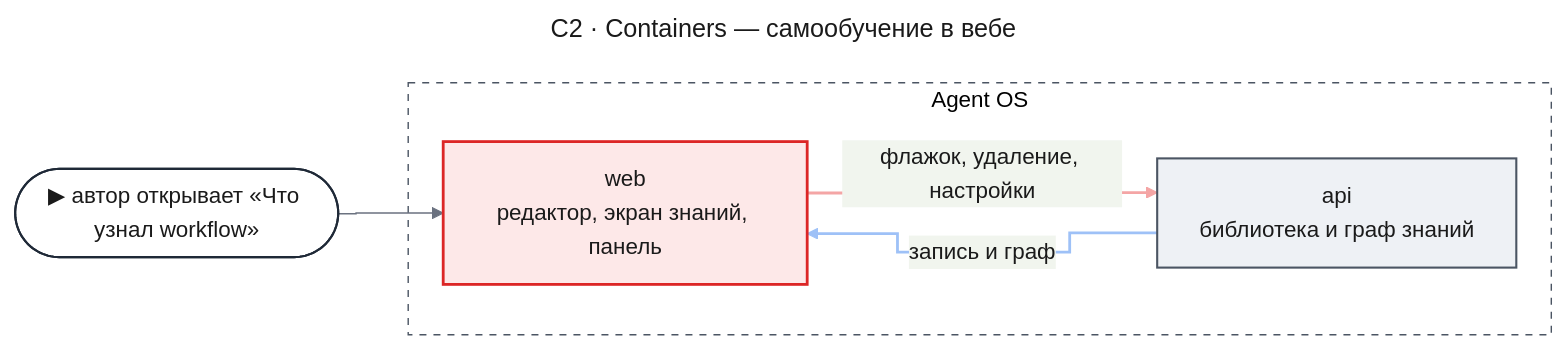
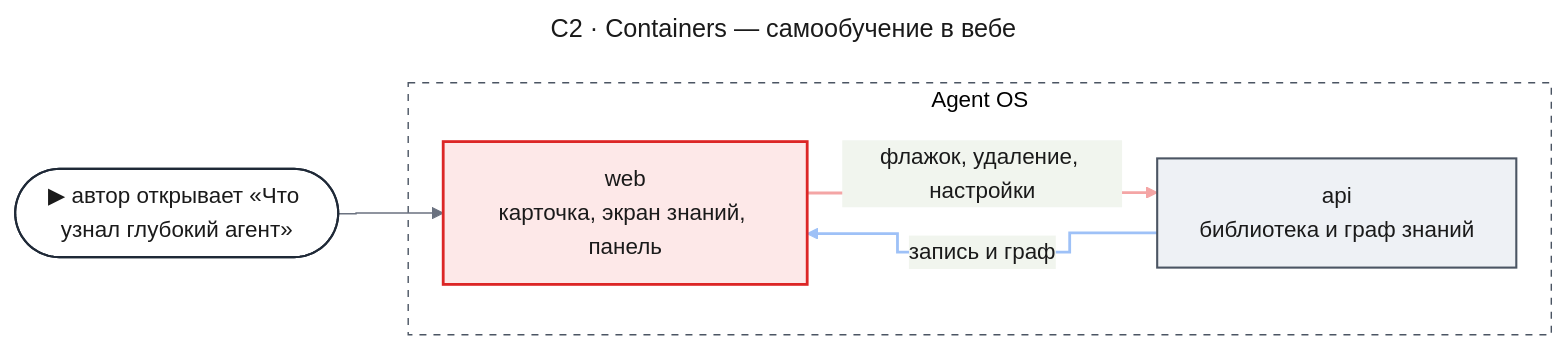
One commit to tundraray/agent-os changed the first of 7 diagrams in docs/features/self-learning/design-web.md. Above: the diagram before and after it, drawn with Mermaid. The commit also changed other lines of this file and 13 other files, not shown here.

````diff
--- a/docs/features/self-learning/design-web.md
+++ b/docs/features/self-learning/design-web.md
@@ -147,39 +137,39 @@
 ```mermaid
 ---
 title: "C2 · Containers — самообучение в вебе"
 config:
   theme: base
   look: classic
   themeVariables:
     primaryColor: "#eef1f5"
     primaryBorderColor: "#4b5563"
     primaryTextColor: "#1a1a1a"
     lineColor: "#6b7280"
   flowchart:
     curve: step
   themeCSS: |
     @keyframes lit_wsc2{0%,45%{stroke:#991b1b;stroke-width:6px}50%,100%{stroke:#f4a5a5;stroke-width:2px}}
     @keyframes litr_wsc2{0%,45%{stroke:#1d4ed8;stroke-width:6px}50%,100%{stroke:#9ec1f7;stroke-width:2px}}
 ---
 flowchart LR
-    entry(["▶ автор открывает «Что узнал workflow»"])
+    entry(["▶ автор открывает «Что узнал глубокий агент»"])
     subgraph os["Agent OS"]
-        web["web<br/>редактор, экран знаний, панель"]
+        web["web<br/>карточка, экран знаний, панель"]
         api["api<br/>библиотека и граф знаний"]
     end
     entry --> web
     web e1@-->|"флажок, удаление, настройки"| api
     api e2@-->|"запись и граф"| web
     classDef entry fill:#ffffff,stroke:#1f2937,stroke-width:1.5px,color:#1a1a1a
     classDef changed fill:#fde8e8,stroke:#dc2626,stroke-width:2px,color:#1a1a1a
     classDef unchanged fill:#eef1f5,stroke:#4b5563,stroke-width:1.5px,color:#1a1a1a
     classDef boundary fill:none,stroke:#4b5563,stroke-width:1px,stroke-dasharray:5 5
     classDef w1 stroke:#f4a5a5,stroke-width:2px,animation:lit_wsc2 2.4s linear 0s infinite
     classDef r2 stroke:#9ec1f7,stroke-width:2px,animation:litr_wsc2 2.4s linear 1.2s infinite
     class entry entry
     class web changed
     class api unchanged
     class os boundary
     class e1 w1
     class e2 r2
 ```
````
